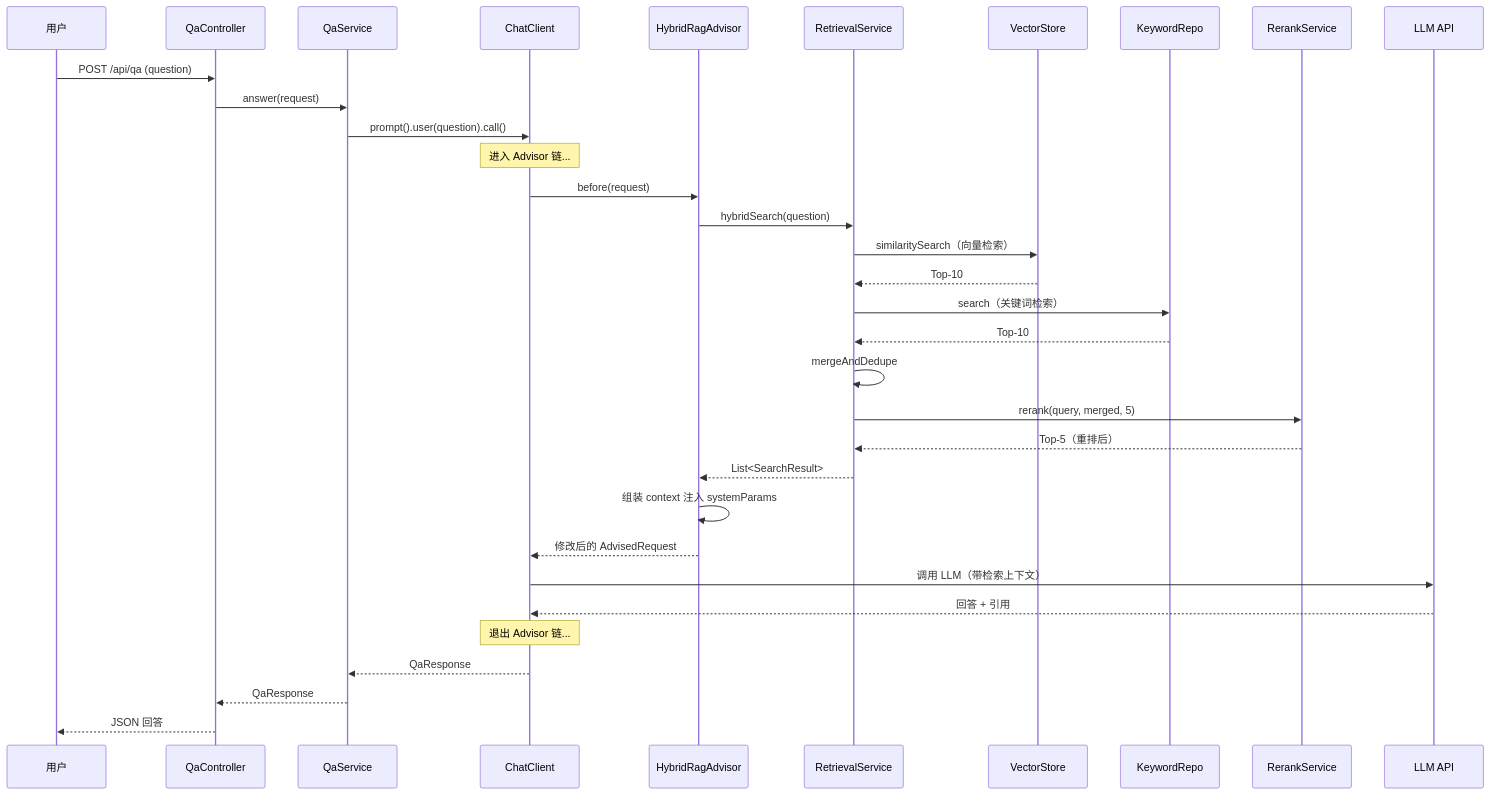
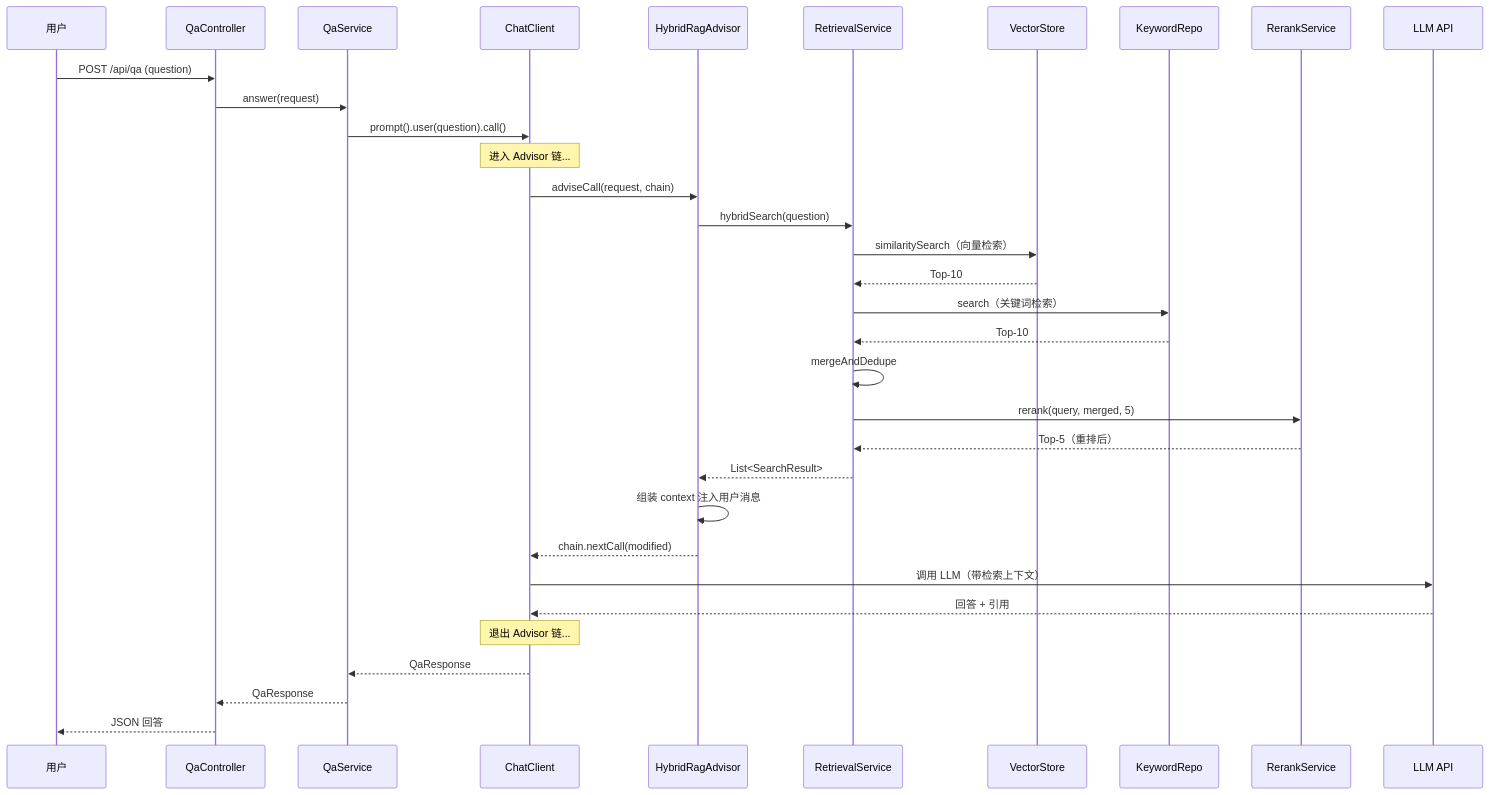
One commit to UranusGit/java-agent-learn changed the fourth of 5 diagrams in docs/项目/01-智能文档助手/04-核心代码讲解.md. Above: the diagram before and after it, drawn with Mermaid. The commit also changed other lines of this file and 206 other files, not shown here.

````diff
--- a/docs/项目/01-智能文档助手/04-核心代码讲解.md
+++ b/docs/项目/01-智能文档助手/04-核心代码讲解.md
@@ -698,39 +1154,39 @@
 ```mermaid
 sequenceDiagram
     participant U as 用户
     participant QC as QaController
     participant QS as QaService
     participant CC as ChatClient
     participant RA as HybridRagAdvisor
     participant RS as RetrievalService
     participant VS as VectorStore
     participant KW as KeywordRepo
     participant RR as RerankService
     participant LLM as LLM API
 
     U->>QC: POST /api/qa (question)
     QC->>QS: answer(request)
     QS->>CC: prompt().user(question).call()
 
     Note over CC: 进入 Advisor 链...
-    CC->>RA: before(request)
+    CC->>RA: adviseCall(request, chain)
     RA->>RS: hybridSearch(question)
     RS->>VS: similaritySearch（向量检索）
     VS-->>RS: Top-10
     RS->>KW: search（关键词检索）
     KW-->>RS: Top-10
     RS->>RS: mergeAndDedupe
     RS->>RR: rerank(query, merged, 5)
     RR-->>RS: Top-5（重排后）
     RS-->>RA: List<SearchResult>
-    RA->>RA: 组装 context 注入 systemParams
-    RA-->>CC: 修改后的 AdvisedRequest
+    RA->>RA: 组装 context 注入用户消息
+    RA-->>CC: chain.nextCall(modified)
 
     CC->>LLM: 调用 LLM（带检索上下文）
     LLM-->>CC: 回答 + 引用
 
     Note over CC: 退出 Advisor 链...
     CC-->>QS: QaResponse
     QS-->>QC: QaResponse
     QC-->>U: JSON 回答
 ```
````
